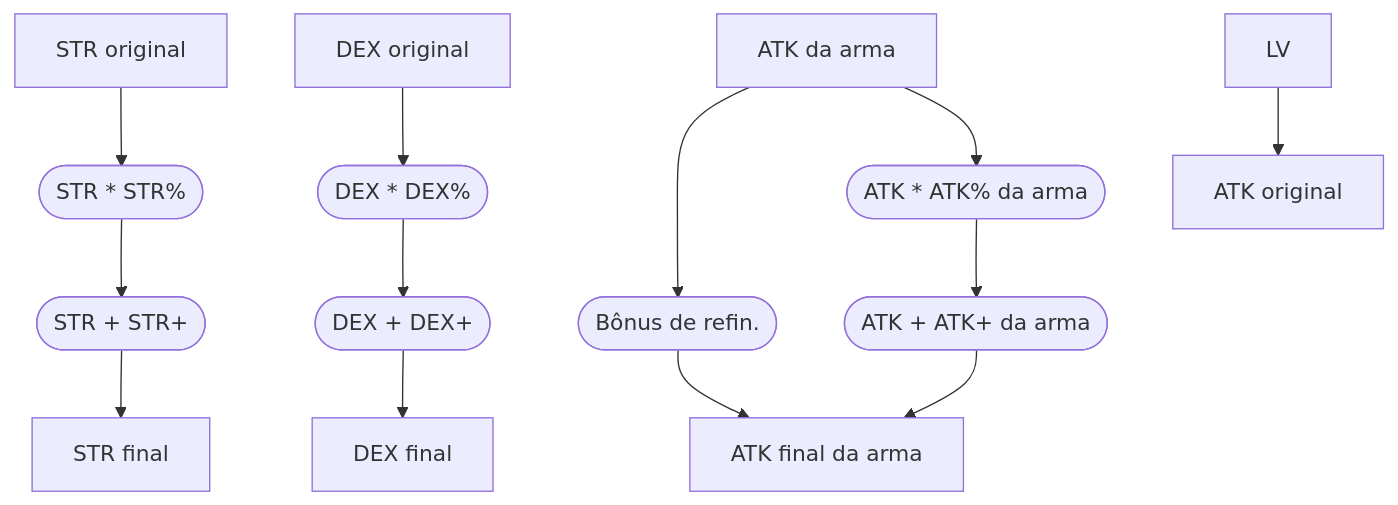
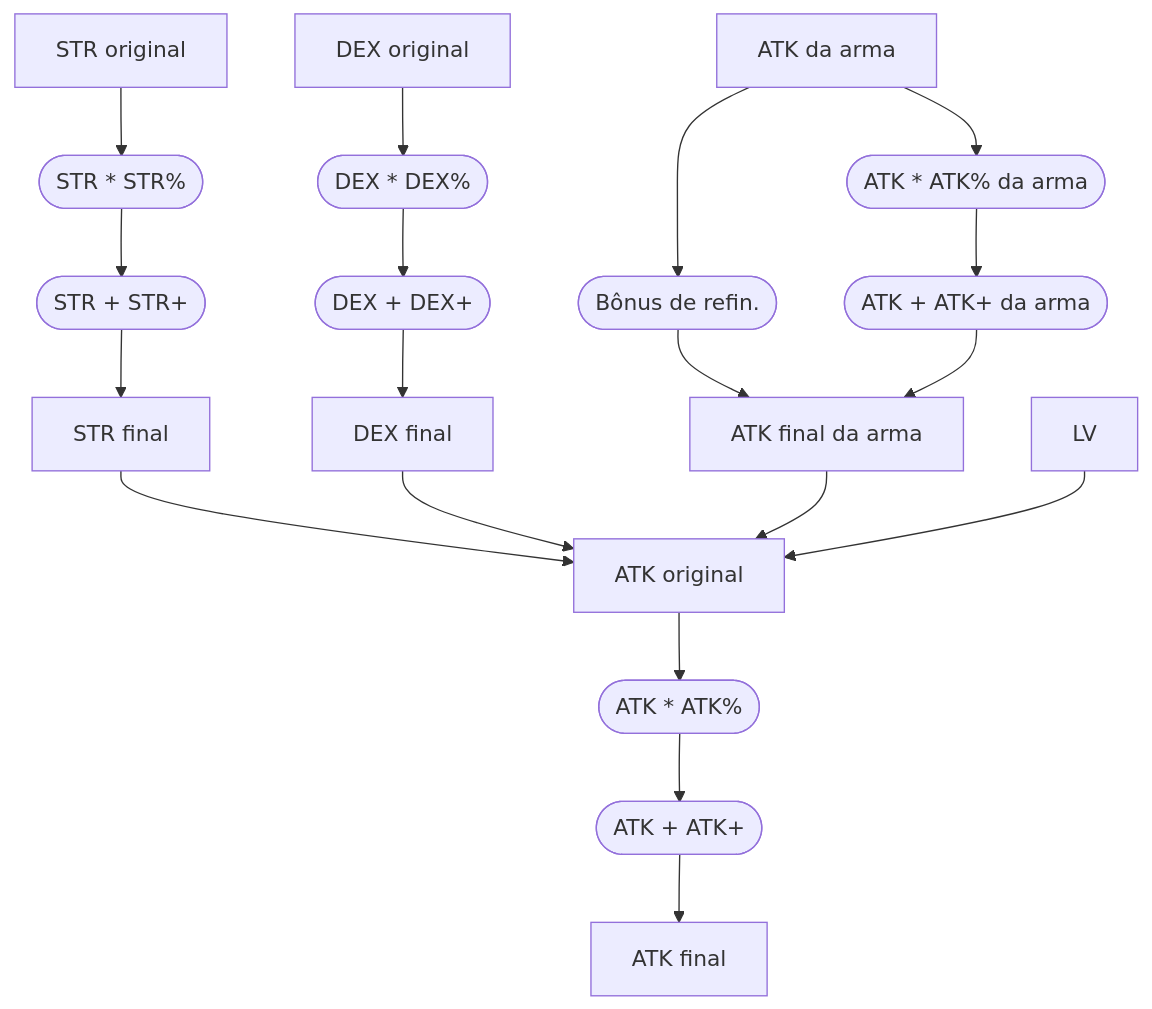
One commit to MateusRyu/Shikigami changed the diagram in 2024-07-09-Toram_Status.md. Above: the diagram before and after it, drawn with Mermaid.

Commit message:
vault backup: 2024-07-09 02:04:03
Affected files:
2024-07-09-Toram_Status.md

````diff
--- a/2024-07-09-Toram_Status.md
+++ b/2024-07-09-Toram_Status.md
@@ -66,10 +66,11 @@
 ```mermaid
 flowchart TD
 a[STR original] --> a1([STR * STR%]) --> a2([STR + STR+]) --> a3[STR final]
 b[DEX original] --> b1([DEX * DEX%]) --> b2([DEX + DEX+]) --> b3[DEX final]
 c[ATK da arma] --> c0([Bônus de refin.]) --> c3[ATK final da arma]
 c --> c1([ATK * ATK% da arma]) --> c2([ATK + ATK+ da arma]) --> c3
-d[LV] --> e[ATK original]
+a3 & b3 & c3 & d[LV]  --> e[ATK original]
+e --> e1([ATK * ATK%]) --> e2([ATK + ATK+]) --> e3[ATK final]
 
 
 ```
````
